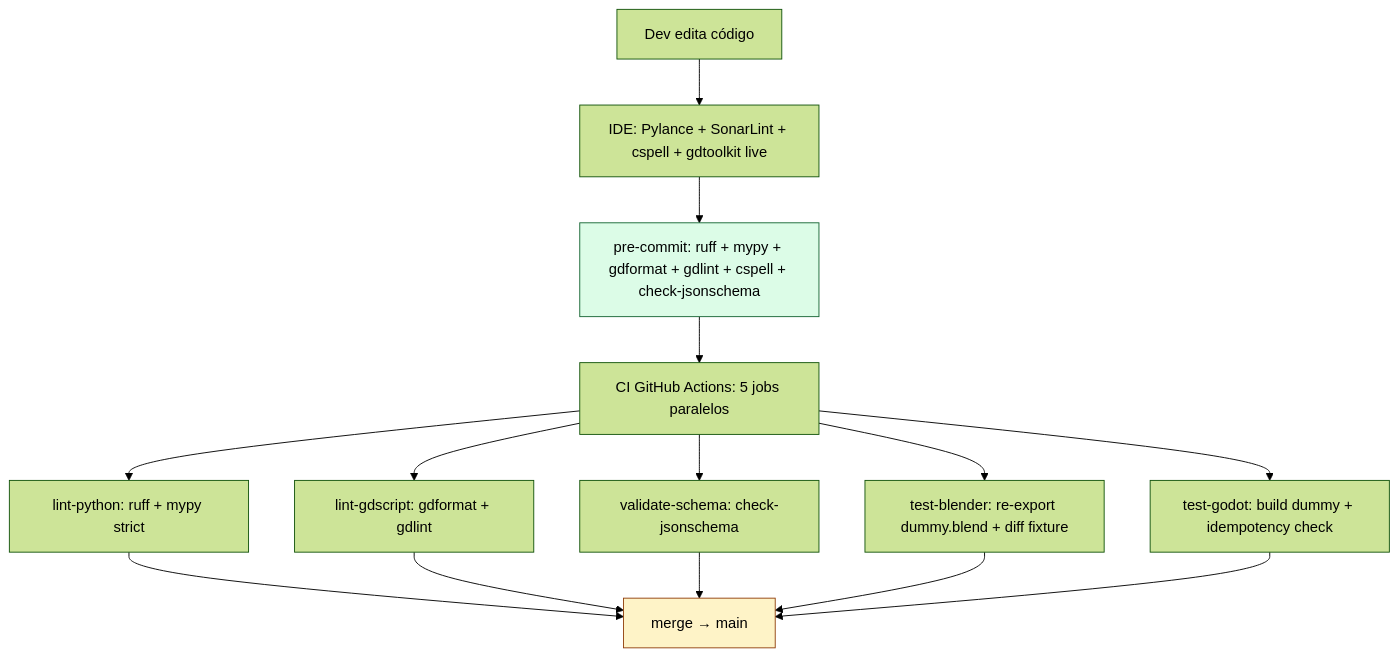
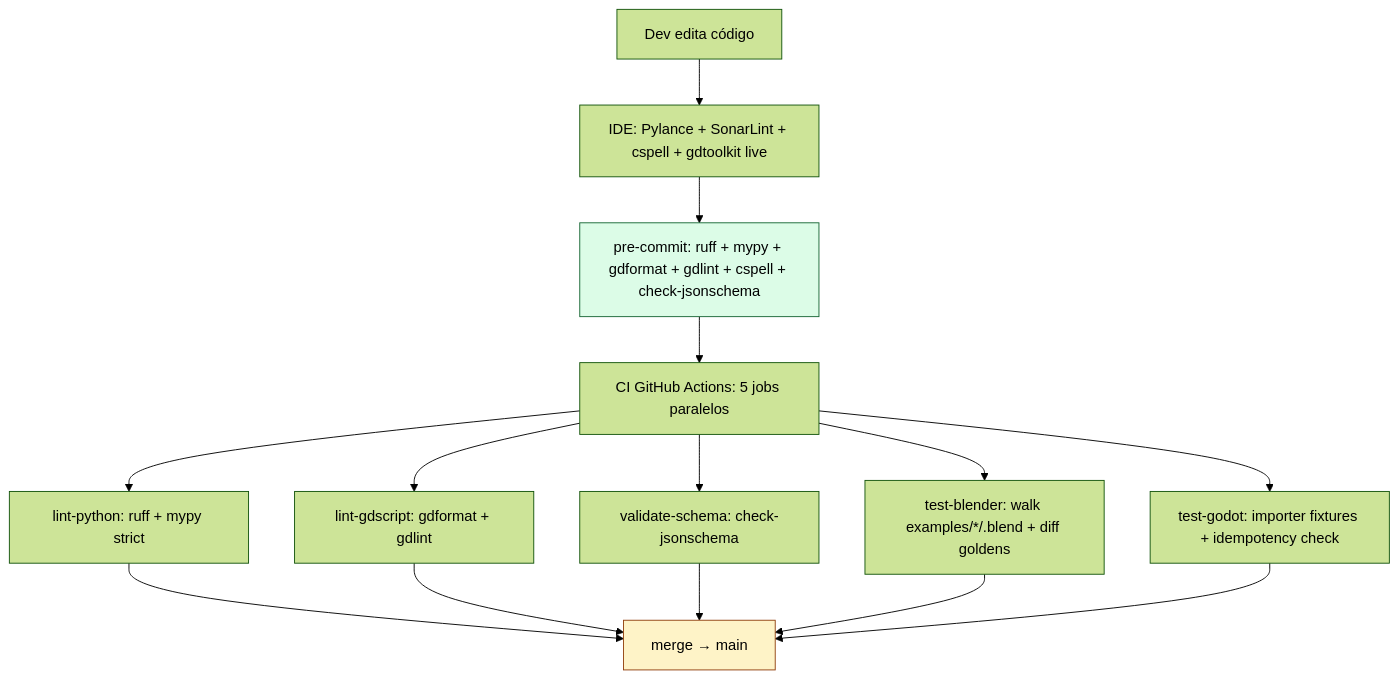
One commit to Space-Wizard-Studios/firebound-proscenio changed the second of 5 diagrams in STATUS.md. Above: the diagram before and after it, drawn with Mermaid (forest theme). The commit also changed other lines of this file and 15 other files, not shown here.

First line of the commit message:
chore(spec-007): retire legacy dummy + effect fixtures

````diff
--- a/STATUS.md
+++ b/STATUS.md
@@ -60,20 +60,20 @@
 ```mermaid
 flowchart TD
     DEV[Dev edita código] --> IDE
     IDE[IDE: Pylance + SonarLint + cspell + gdtoolkit live] --> PRE
     PRE[pre-commit: ruff + mypy + gdformat + gdlint + cspell + check-jsonschema] --> CI
     CI[CI GitHub Actions: 5 jobs paralelos]
     CI --> LP[lint-python: ruff + mypy strict]
     CI --> LG[lint-gdscript: gdformat + gdlint]
     CI --> VS[validate-schema: check-jsonschema]
-    CI --> TB[test-blender: re-export dummy.blend + diff fixture]
-    CI --> TG[test-godot: build dummy + idempotency check]
+    CI --> TB[test-blender: walk examples/*/.blend + diff goldens]
+    CI --> TG[test-godot: importer fixtures + idempotency check]
     LP --> MERGE[merge → main]
     LG --> MERGE
     VS --> MERGE
     TB --> MERGE
     TG --> MERGE
 
     style PRE fill:#dcfce7,stroke:#166534
     style MERGE fill:#fef3c7,stroke:#92400e
 ```
````
